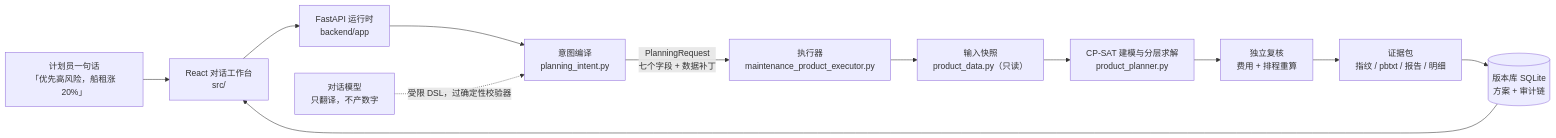
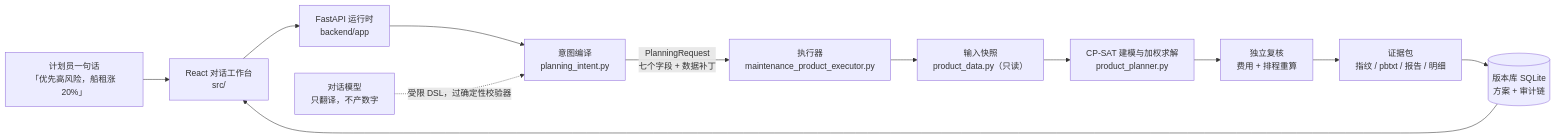
The diagram in README.md (DrYuany/yixiu-maintenance), drawn with Mermaid before and after one commit. The commit also changed other lines of this file and 17 other files, not shown here.

````diff
--- a/README.md
+++ b/README.md
@@ -53,15 +53,15 @@
 ```mermaid
 flowchart LR
     U["计划员一句话<br/>「优先高风险，船租涨 20%」"] --> FE["React 对话工作台<br/>src/"]
     FE --> API["FastAPI 运行时<br/>backend/app"]
     API --> INT["意图编译<br/>planning_intent.py"]
     INT -->|"PlanningRequest<br/>七个字段 + 数据补丁"| EXE["执行器<br/>maintenance_product_executor.py"]
     EXE --> DATA["输入快照<br/>product_data.py（只读）"]
-    DATA --> PLAN["CP-SAT 建模与分层求解<br/>product_planner.py"]
+    DATA --> PLAN["CP-SAT 建模与加权求解<br/>product_planner.py"]
     PLAN --> CHK["独立复核<br/>费用 + 排程重算"]
     CHK --> REP["证据包<br/>指纹 / pbtxt / 报告 / 明细"]
     REP --> DB[("版本库 SQLite<br/>方案 + 审计链")]
     DB --> FE
 
     LLM["对话模型<br/>只翻译，不产数字"] -.->|"受限 DSL，过确定性校验器"| INT
 ```
````
